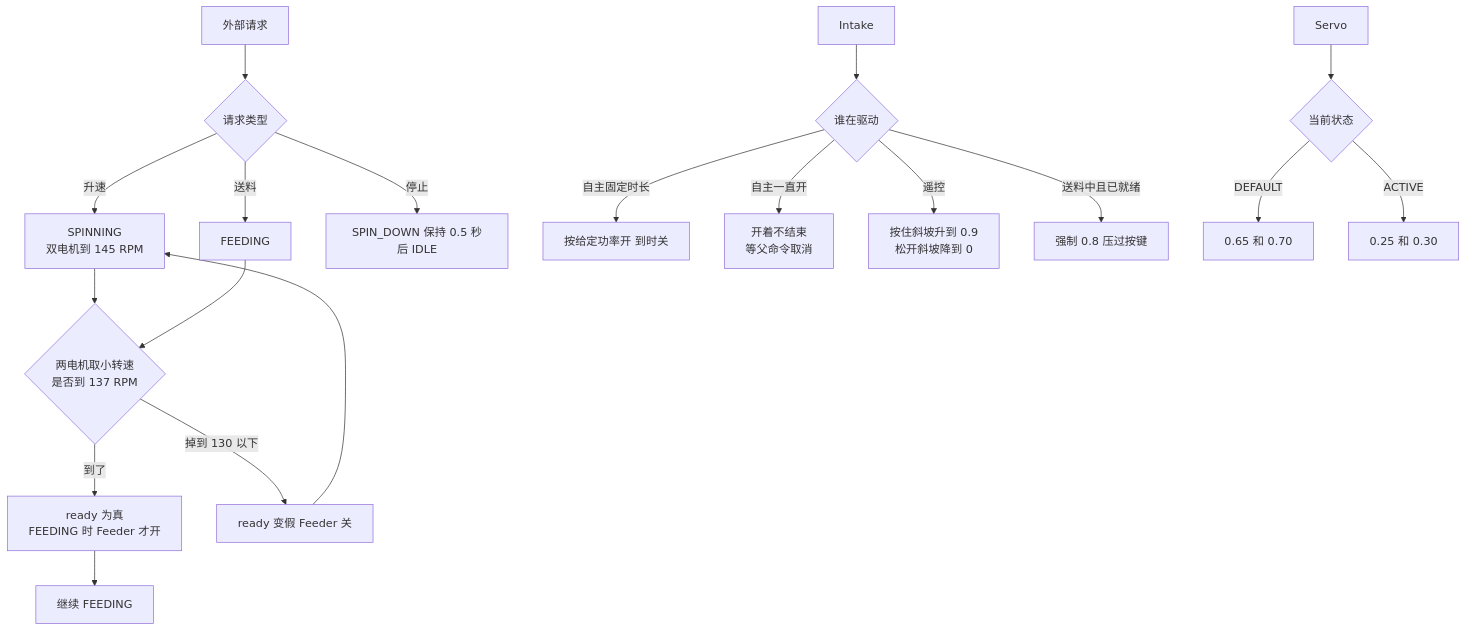
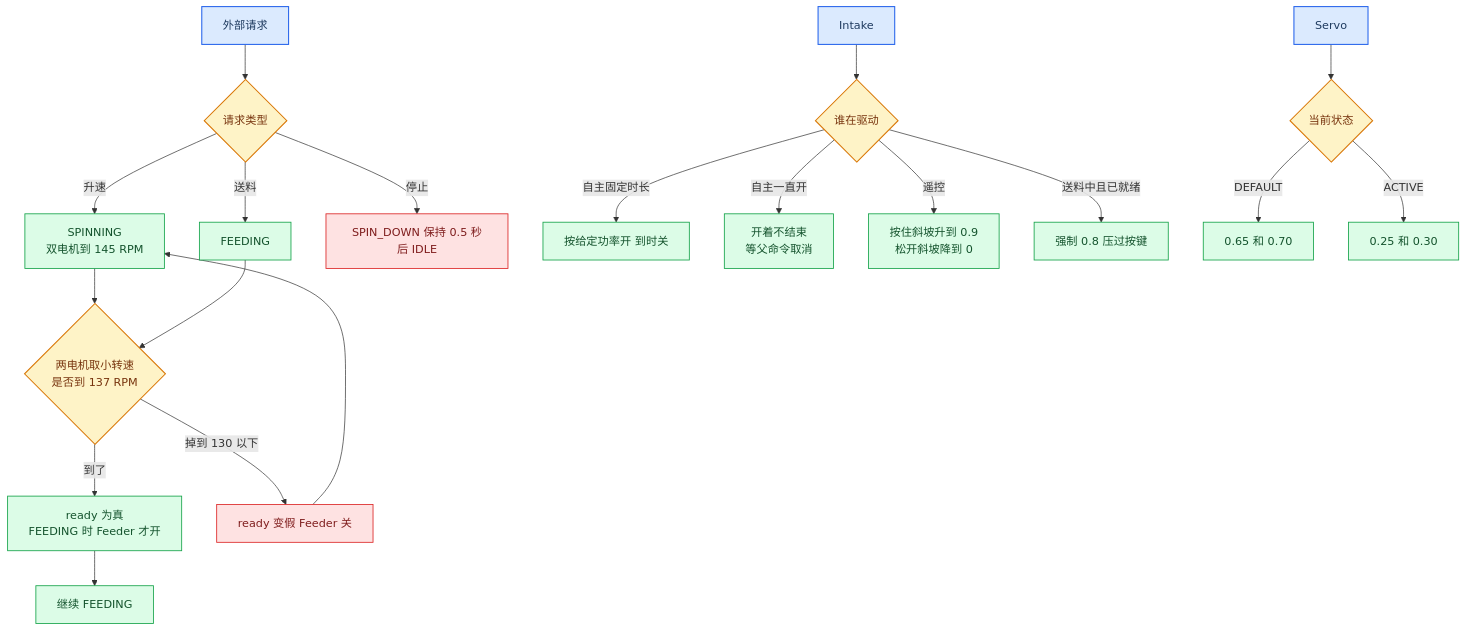
One commit to Maxxj333/KeystoneFTC-code changed the third of 5 diagrams in README.md. Above: the diagram before and after it, drawn with Mermaid. The commit also changed other lines of this file, not shown here.

Commit message:
Colorize Mermaid flowcharts for drive, vision, mechanisms, autonomous and TeleOp

````diff
--- a/README.md
+++ b/README.md
@@ -83,21 +97,29 @@
 ```mermaid
 flowchart TD
     A["外部请求"] --> B{"请求类型"}
     B -->|"升速"| C["SPINNING<br/>双电机到 145 RPM"]
     B -->|"送料"| D["FEEDING"]
     B -->|"停止"| E["SPIN_DOWN 保持 0.5 秒后 IDLE"]
     C --> F{"两电机取小转速<br/>是否到 137 RPM"}
     D --> F
     F -->|"到了"| G["ready 为真<br/>FEEDING 时 Feeder 才开"]
     F -->|"掉到 130 以下"| H["ready 变假 Feeder 关"]
     G --> I["继续 FEEDING"]
     H --> C
     J["Intake"] --> K{"谁在驱动"}
     K -->|"自主固定时长"| L["按给定功率开 到时关"]
     K -->|"自主一直开"| M["开着不结束<br/>等父命令取消"]
     K -->|"遥控"| N["按住斜坡升到 0.9<br/>松开斜坡降到 0"]
     K -->|"送料中且已就绪"| O["强制 0.8 压过按键"]
     P["Servo"] --> Q{"当前状态"}
     Q -->|"DEFAULT"| R["0.65 和 0.70"]
     Q -->|"ACTIVE"| S["0.25 和 0.30"]
+    classDef start fill:#dbeafe,stroke:#2563eb,stroke-width:1.5px,color:#1e3a5f
+    classDef decision fill:#fef3c7,stroke:#d97706,stroke-width:1.5px,color:#78350f
+    classDef process fill:#dcfce7,stroke:#16a34a,stroke-width:1.2px,color:#14532d
+    classDef stop fill:#fee2e2,stroke:#dc2626,stroke-width:1.2px,color:#7f1d1d
+    class A,J,P start
+    class B,F,K,Q decision
+    class C,D,G,I,L,M,N,O,R,S process
+    class E,H stop
 ```
````
